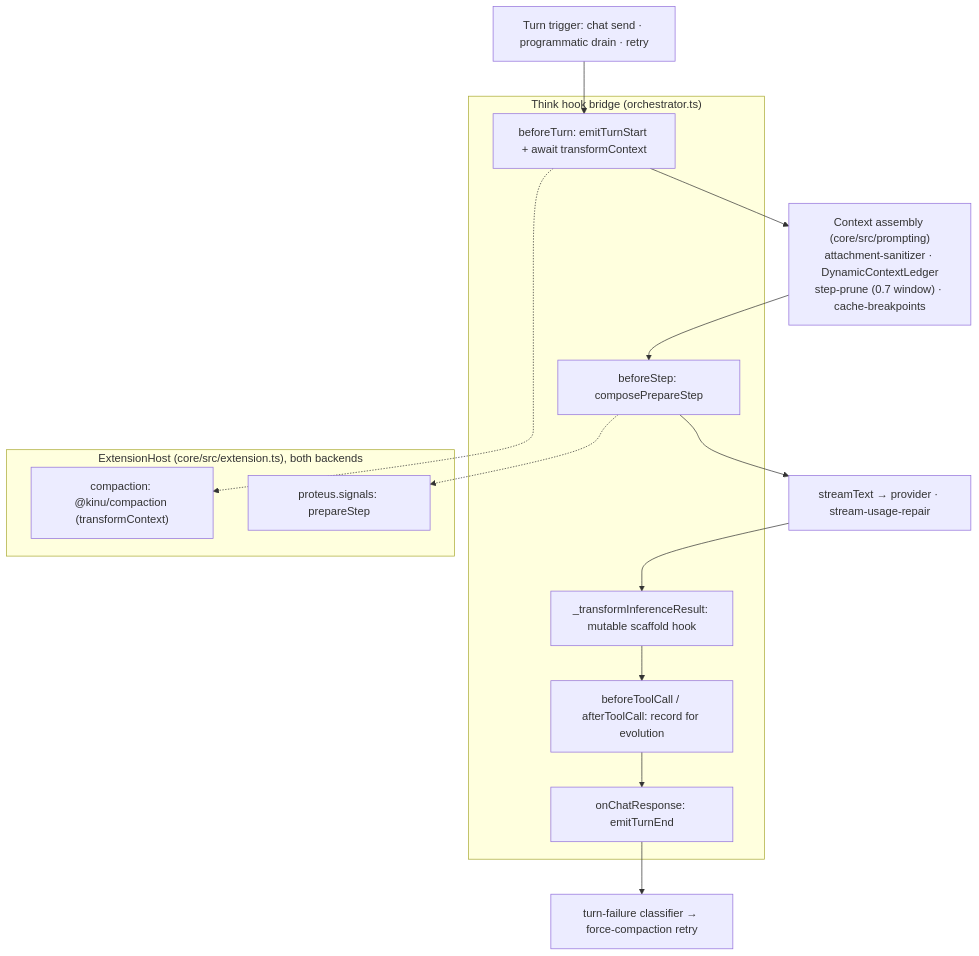
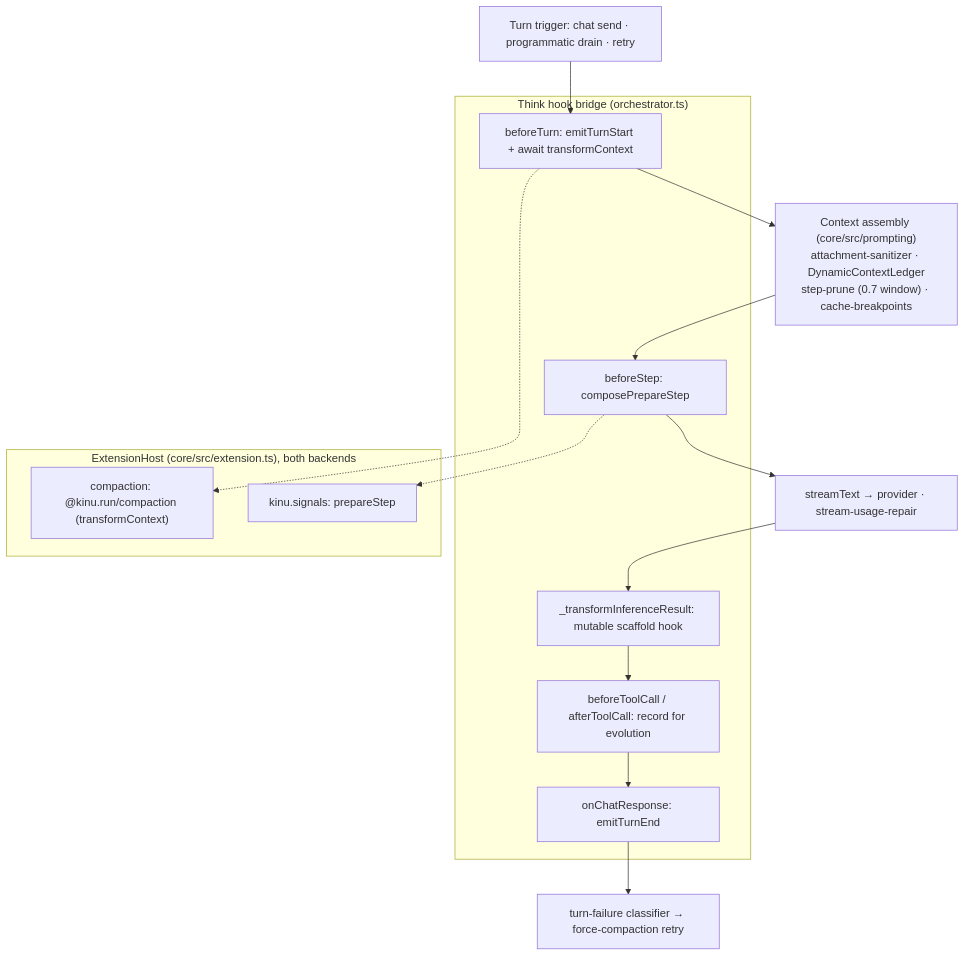
Before and after one commit to AshishKumar4/kinu: the third of 5 diagrams in docs/ARCHITECTURE.md, drawn with Mermaid. The commit also changed other lines of this file and 770 other files, not shown here.

Commit message:
refactor: rename proteus to kinu, npm scope @kinu.run

````diff
--- a/docs/ARCHITECTURE.md
+++ b/docs/ARCHITECTURE.md
@@ -173,25 +173,25 @@
 ```mermaid
 flowchart TB
     In["Turn trigger: chat send · programmatic drain · retry"]
 
     subgraph Bridge["Think hook bridge (orchestrator.ts)"]
         BT["beforeTurn: emitTurnStart + await transformContext"]
         BS["beforeStep: composePrepareStep"]
         TC["beforeToolCall / afterToolCall: record for evolution"]
         IT["_transformInferenceResult: mutable scaffold hook"]
         CR["onChatResponse: emitTurnEnd"]
     end
 
     subgraph Host["ExtensionHost (core/src/extension.ts), both backends"]
-        Comp["compaction: @kinu/compaction (transformContext)"]
-        Inj["proteus.signals: prepareStep"]
+        Comp["compaction: @kinu.run/compaction (transformContext)"]
+        Inj["kinu.signals: prepareStep"]
     end
 
     Assembly["Context assembly (core/src/prompting)<br/>attachment-sanitizer · DynamicContextLedger<br/>step-prune (0.7 window) · cache-breakpoints"]
     Model["streamText → provider · stream-usage-repair"]
     Fail["turn-failure classifier → force-compaction retry"]
 
     In --> BT --> Assembly --> BS --> Model --> IT --> TC --> CR --> Fail
     BT -.-> Comp
     BS -.-> Inj
 ```
````
